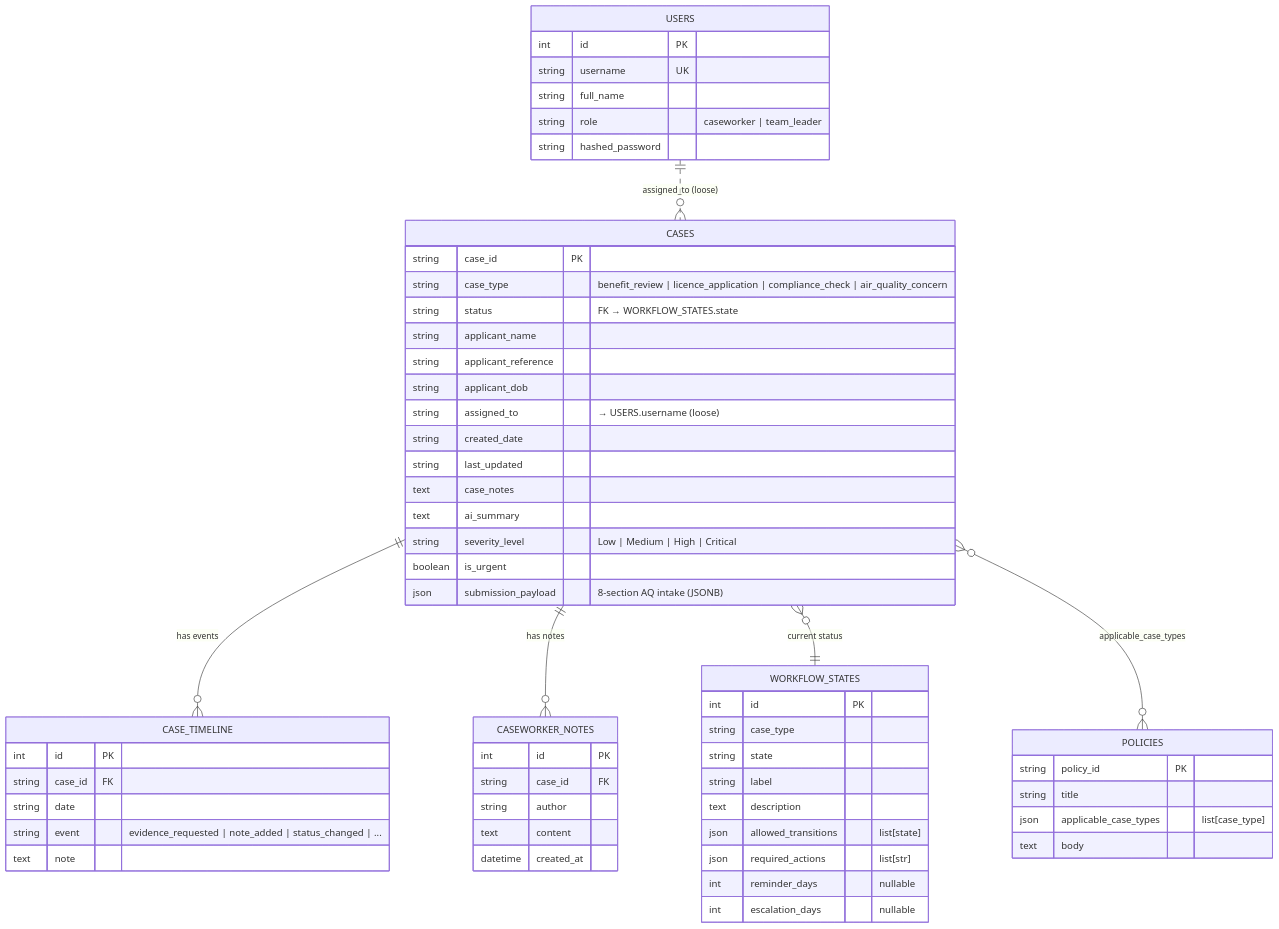
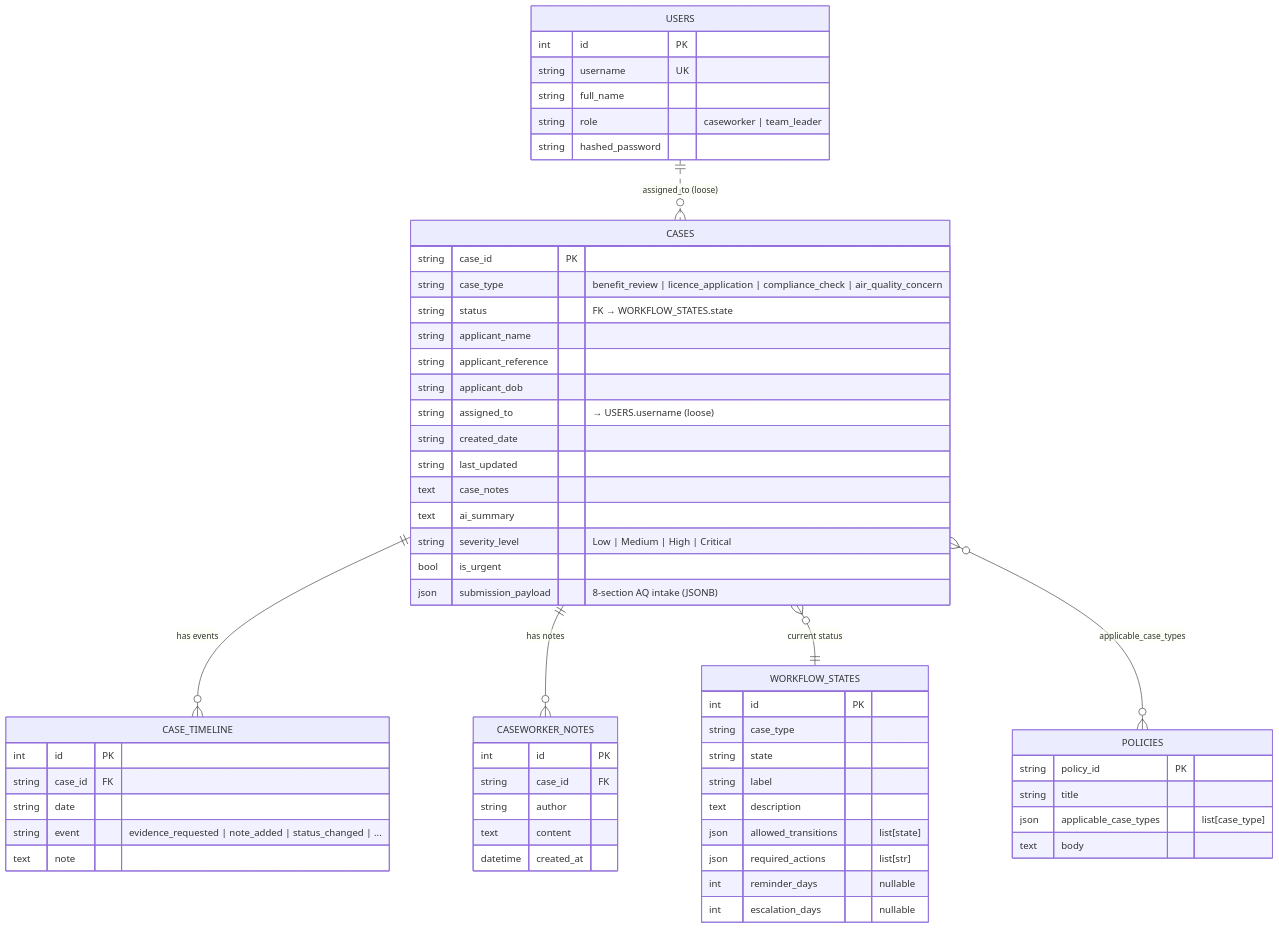
Before and after one commit to askreddii1234/pip-caseworker-assistant: the second of 2 diagrams in README.md, drawn with Mermaid. The commit also changed other lines of this file, not shown here.

First line of the commit message:
Fix Mermaid syntax errors in architecture diagrams

````diff
--- a/README.md
+++ b/README.md
@@ -123,63 +123,63 @@
 ```mermaid
 erDiagram
     CASES ||--o{ CASE_TIMELINE : "has events"
     CASES ||--o{ CASEWORKER_NOTES : "has notes"
     CASES }o--|| WORKFLOW_STATES : "current status"
     CASES }o--o{ POLICIES : "applicable_case_types"
     USERS ||..o{ CASES : "assigned_to (loose)"
 
     CASES {
         string case_id PK
         string case_type "benefit_review | licence_application | compliance_check | air_quality_concern"
         string status "FK → WORKFLOW_STATES.state"
         string applicant_name
         string applicant_reference
         string applicant_dob
         string assigned_to "→ USERS.username (loose)"
         string created_date
         string last_updated
         text   case_notes
         text   ai_summary
         string severity_level "Low | Medium | High | Critical"
-        boolean is_urgent
+        bool is_urgent
         json   submission_payload "8-section AQ intake (JSONB)"
     }
     CASE_TIMELINE {
         int    id PK
         string case_id FK
         string date
         string event "evidence_requested | note_added | status_changed | ..."
         text   note
     }
     CASEWORKER_NOTES {
         int      id PK
         string   case_id FK
         string   author
         text     content
         datetime created_at
     }
     POLICIES {
         string policy_id PK
         string title
         json   applicable_case_types "list[case_type]"
         text   body
     }
     WORKFLOW_STATES {
         int    id PK
         string case_type
         string state
         string label
         text   description
         json   allowed_transitions "list[state]"
         json   required_actions "list[str]"
         int    reminder_days "nullable"
         int    escalation_days "nullable"
     }
     USERS {
         int    id PK
         string username UK
         string full_name
         string role "caseworker | team_leader"
         string hashed_password
     }
 ```
````
